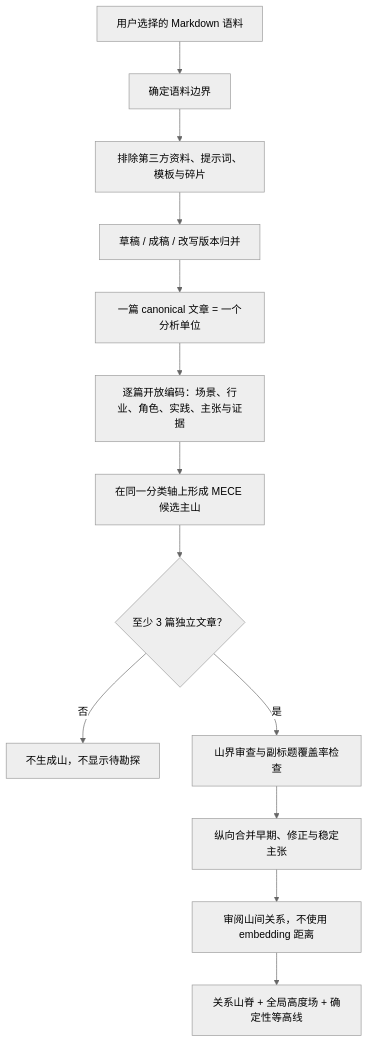
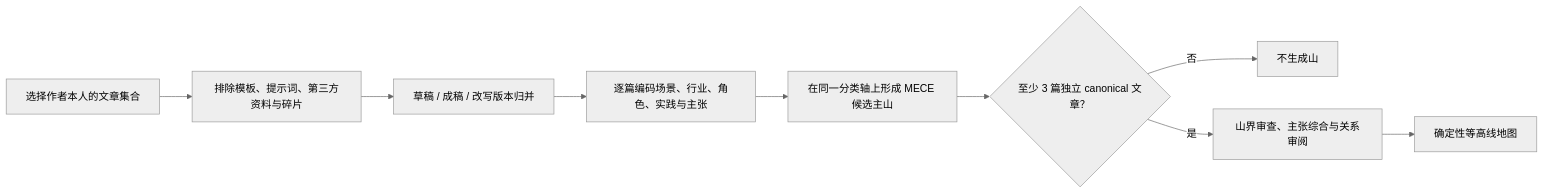
One commit to pakco77/wenshan-skill changed the diagram in README.md. Above: the diagram before and after it, drawn with Mermaid (neutral theme). The commit also changed other lines of this file and 4 other files, not shown here.

````diff
--- a/README.md
+++ b/README.md
@@ -76,15 +129,11 @@
 ```mermaid
-flowchart TD
-    A["用户选择的 Markdown 语料"] --> B["确定语料边界"]
-    B --> C["排除第三方资料、提示词、模板与碎片"]
-    C --> D["草稿 / 成稿 / 改写版本归并"]
-    D --> E["一篇 canonical 文章 = 一个分析单位"]
-    E --> F["逐篇开放编码：场景、行业、角色、实践、主张与证据"]
-    F --> G["在同一分类轴上形成 MECE 候选主山"]
-    G --> H{"至少 3 篇独立文章？"}
-    H -- "否" --> I["不生成山，不显示待勘探"]
-    H -- "是" --> J["山界审查与副标题覆盖率检查"]
-    J --> K["纵向合并早期、修正与稳定主张"]
-    K --> L["审阅山间关系，不使用 embedding 距离"]
-    L --> M["关系山脊 + 全局高度场 + 确定性等高线"]
+flowchart LR
+    A["选择作者本人的文章集合"] --> B["排除模板、提示词、第三方资料与碎片"]
+    B --> C["草稿 / 成稿 / 改写版本归并"]
+    C --> D["逐篇编码场景、行业、角色、实践与主张"]
+    D --> E["在同一分类轴上形成 MECE 候选主山"]
+    E --> F{"至少 3 篇独立 canonical 文章？"}
+    F -- "否" --> G["不生成山"]
+    F -- "是" --> H["山界审查、主张综合与关系审阅"]
+    H --> I["确定性等高线地图"]
 ```
````
